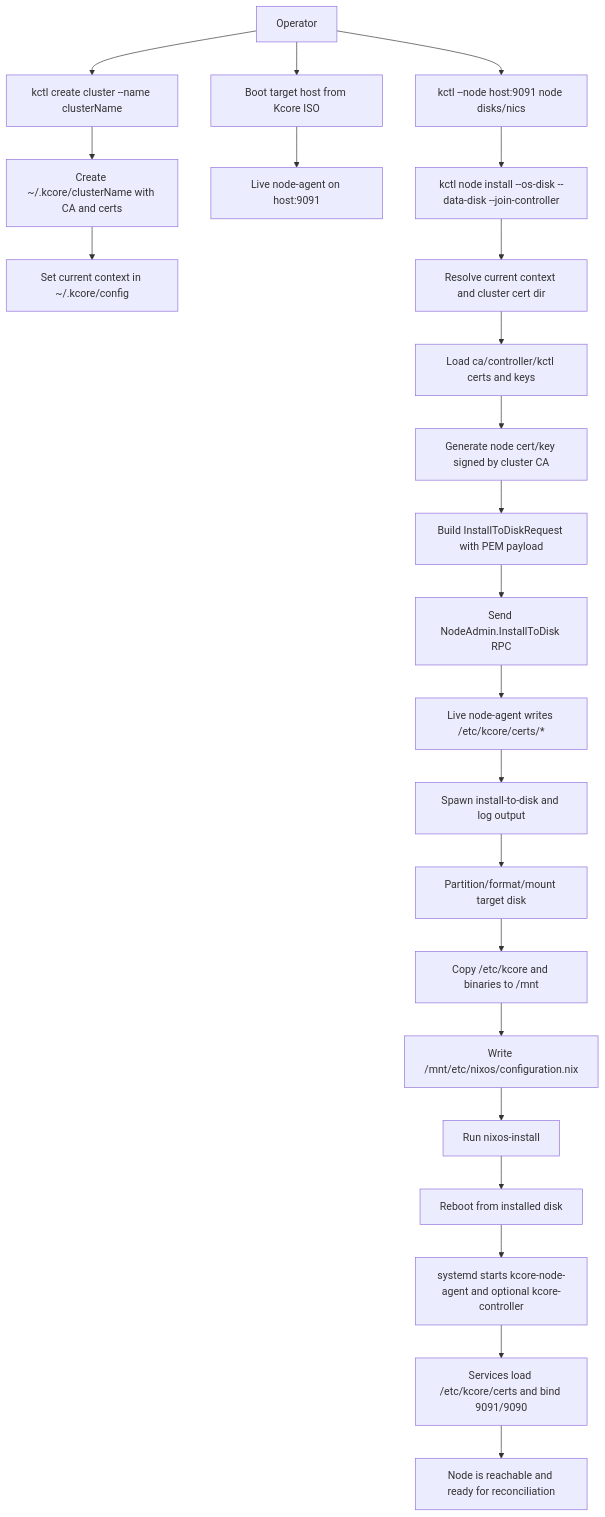
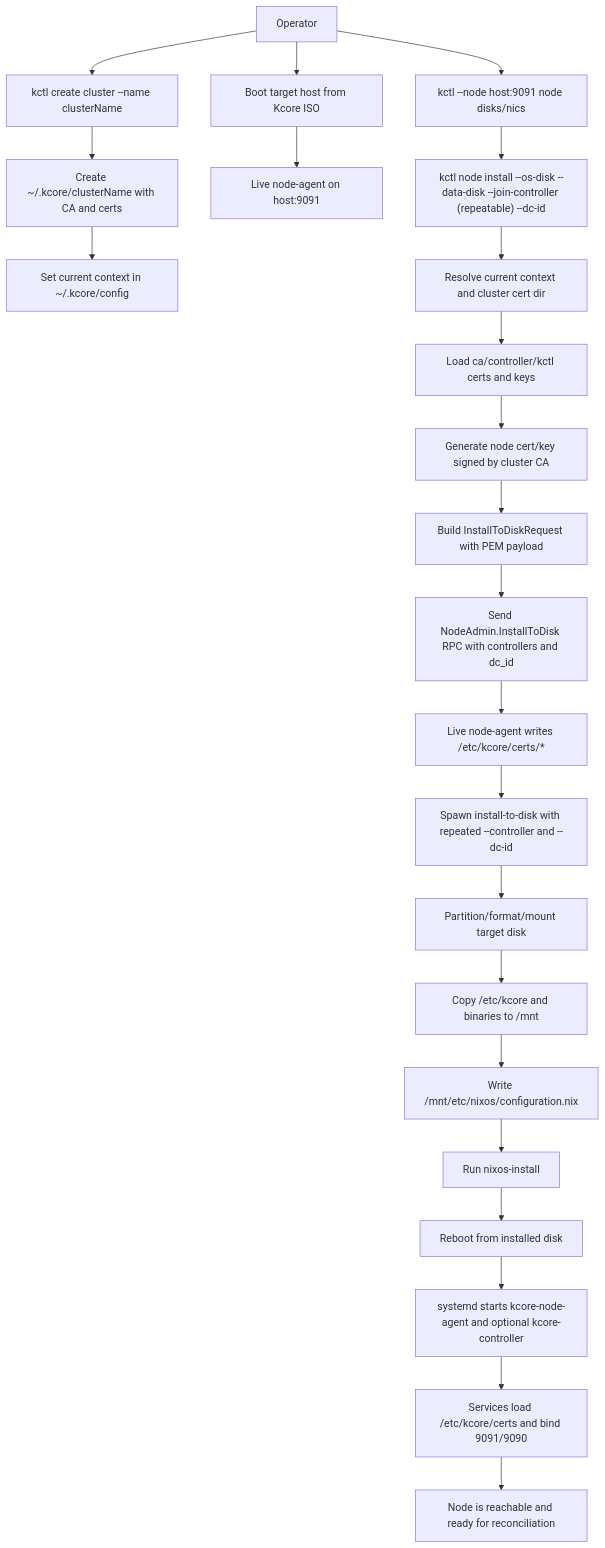
The diagram in docs/node-install-bootstrap-flow.md (kcorehypervisor/kcore), drawn with Mermaid before and after one commit. The commit also changed other lines of this file and 11 other files, not shown here.

````diff
--- a/docs/node-install-bootstrap-flow.md
+++ b/docs/node-install-bootstrap-flow.md
@@ -46,30 +47,30 @@
 ```mermaid
 flowchart TD
   user[Operator] --> createCluster["kctl create cluster --name clusterName"]
   createCluster --> clusterDir["Create ~/.kcore/clusterName with CA and certs"]
   clusterDir --> selectCtx["Set current context in ~/.kcore/config"]
 
   user --> bootIso["Boot target host from Kcore ISO"]
   bootIso --> nodeAgentLive["Live node-agent on host:9091"]
 
   user --> discover["kctl --node host:9091 node disks/nics"]
-  discover --> installCmd["kctl node install --os-disk --data-disk --join-controller"]
+  discover --> installCmd["kctl node install --os-disk --data-disk --join-controller (repeatable) --dc-id"]
 
   installCmd --> loadCtx["Resolve current context and cluster cert dir"]
   loadCtx --> loadClusterPki["Load ca/controller/kctl certs and keys"]
   loadClusterPki --> genNodeCert["Generate node cert/key signed by cluster CA"]
   genNodeCert --> buildReq["Build InstallToDiskRequest with PEM payload"]
-  buildReq --> sendRpc["Send NodeAdmin.InstallToDisk RPC"]
+  buildReq --> sendRpc["Send NodeAdmin.InstallToDisk RPC with controllers and dc_id"]
 
   sendRpc --> writeBootstrap["Live node-agent writes /etc/kcore/certs/*"]
-  writeBootstrap --> runInstaller["Spawn install-to-disk and log output"]
+  writeBootstrap --> runInstaller["Spawn install-to-disk with repeated --controller and --dc-id"]
   runInstaller --> partitionDisk["Partition/format/mount target disk"]
   partitionDisk --> copyKcore["Copy /etc/kcore and binaries to /mnt"]
   copyKcore --> writeNixos["Write /mnt/etc/nixos/configuration.nix"]
   writeNixos --> nixosInstall["Run nixos-install"]
   nixosInstall --> rebootHost["Reboot from installed disk"]
 
   rebootHost --> startServices["systemd starts kcore-node-agent and optional kcore-controller"]
   startServices --> tlsReady["Services load /etc/kcore/certs and bind 9091/9090"]
   tlsReady --> healthy["Node is reachable and ready for reconciliation"]
 ```
````
